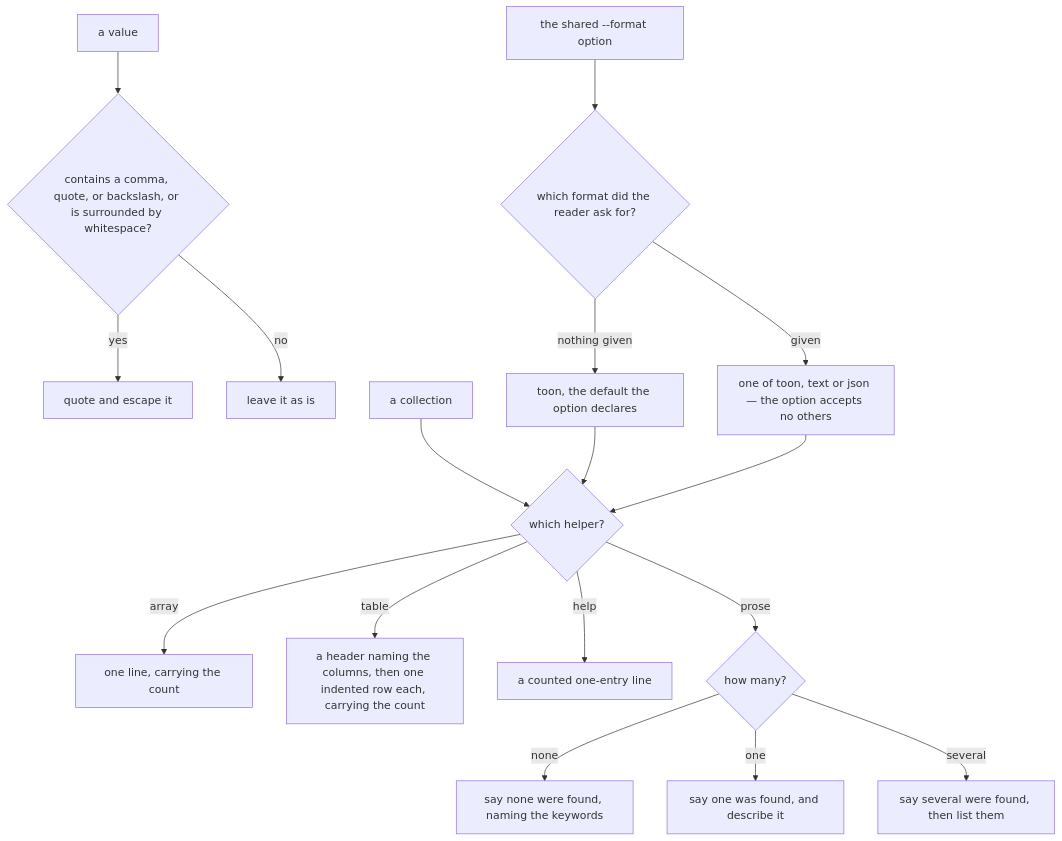
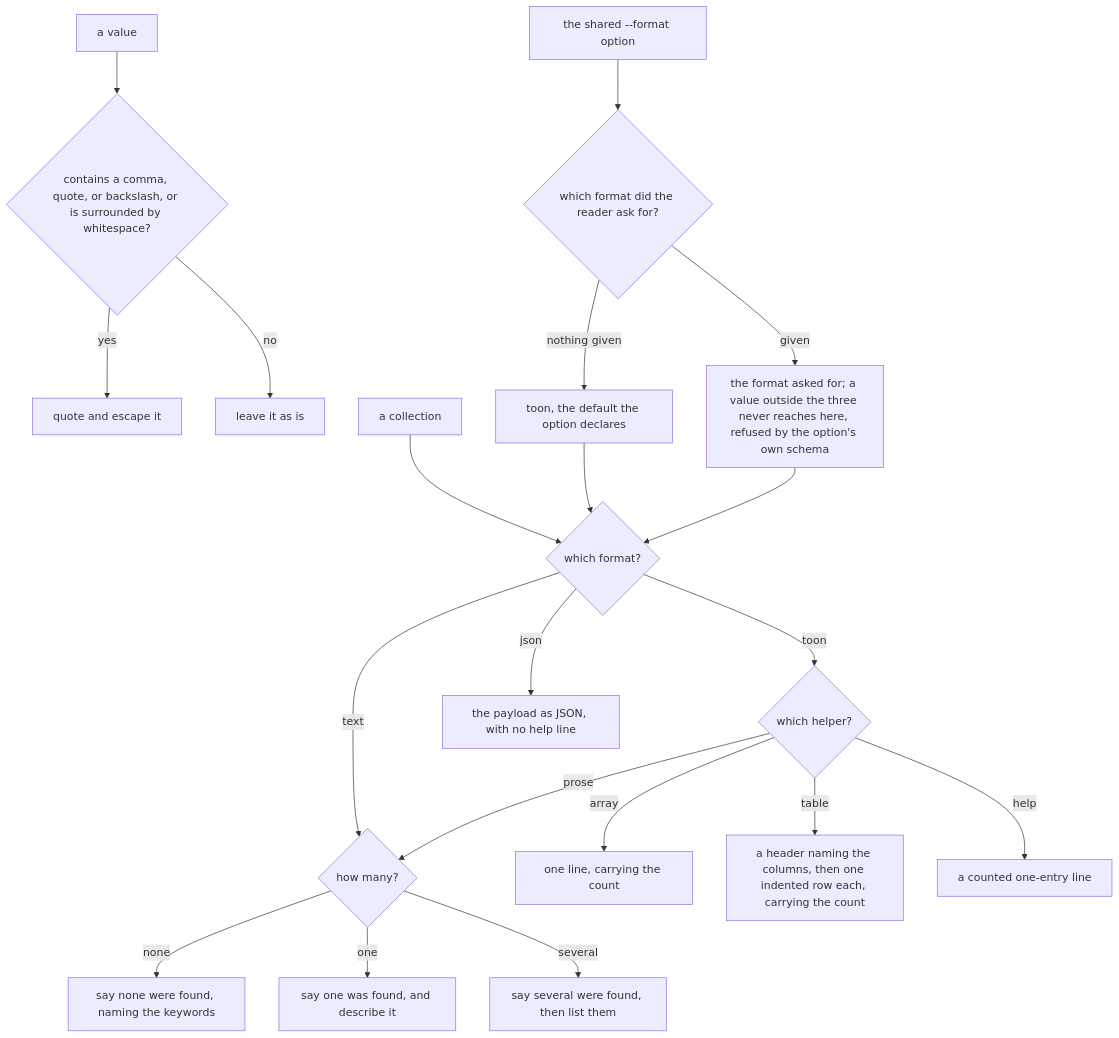
One commit to clibuilder/clibuilder changed the fifth of 6 diagrams in packages/clibuilder/.agents/spec/presentation/README.md. Above: the diagram before and after it, drawn with Mermaid. The commit also changed other lines of this file and 1 other file, not shown here.

````diff
--- a/packages/clibuilder/.agents/spec/presentation/README.md
+++ b/packages/clibuilder/.agents/spec/presentation/README.md
@@ -286,19 +286,22 @@
 ```mermaid
 graph TD
   V[a value] --> AMB{"contains a comma, quote, or backslash, or is surrounded by whitespace?"}
   AMB -- yes --> Q[quote and escape it]
   AMB -- no --> RAW[leave it as is]
-  C[a collection] --> SH{which helper?}
+  C[a collection] --> FMT{which format?}
+  FMT -- toon --> SH{which helper?}
+  FMT -- text --> N
+  FMT -- json --> J["the payload as JSON, with no help line"]
   SH -- array --> TA[one line, carrying the count]
   SH -- table --> TT[a header naming the columns, then one indented row each, carrying the count]
   SH -- help --> TH2[a counted one-entry line]
   SH -- prose --> N{how many?}
   N -- none --> P0[say none were found, naming the keywords]
   N -- one --> P1[say one was found, and describe it]
   N -- several --> P2[say several were found, then list them]
   FO["the shared --format option"] --> WF{which format did the reader ask for?}
   WF -- "nothing given" --> FDEF[toon, the default the option declares]
-  WF -- given --> FGIV["one of toon, text or json — the option accepts no others"]
-  FDEF --> SH
-  FGIV --> SH
+  WF -- given --> FGIV["the format asked for; a value outside the three never reaches here, refused by the option's own schema"]
+  FDEF --> FMT
+  FGIV --> FMT
 ```
````
